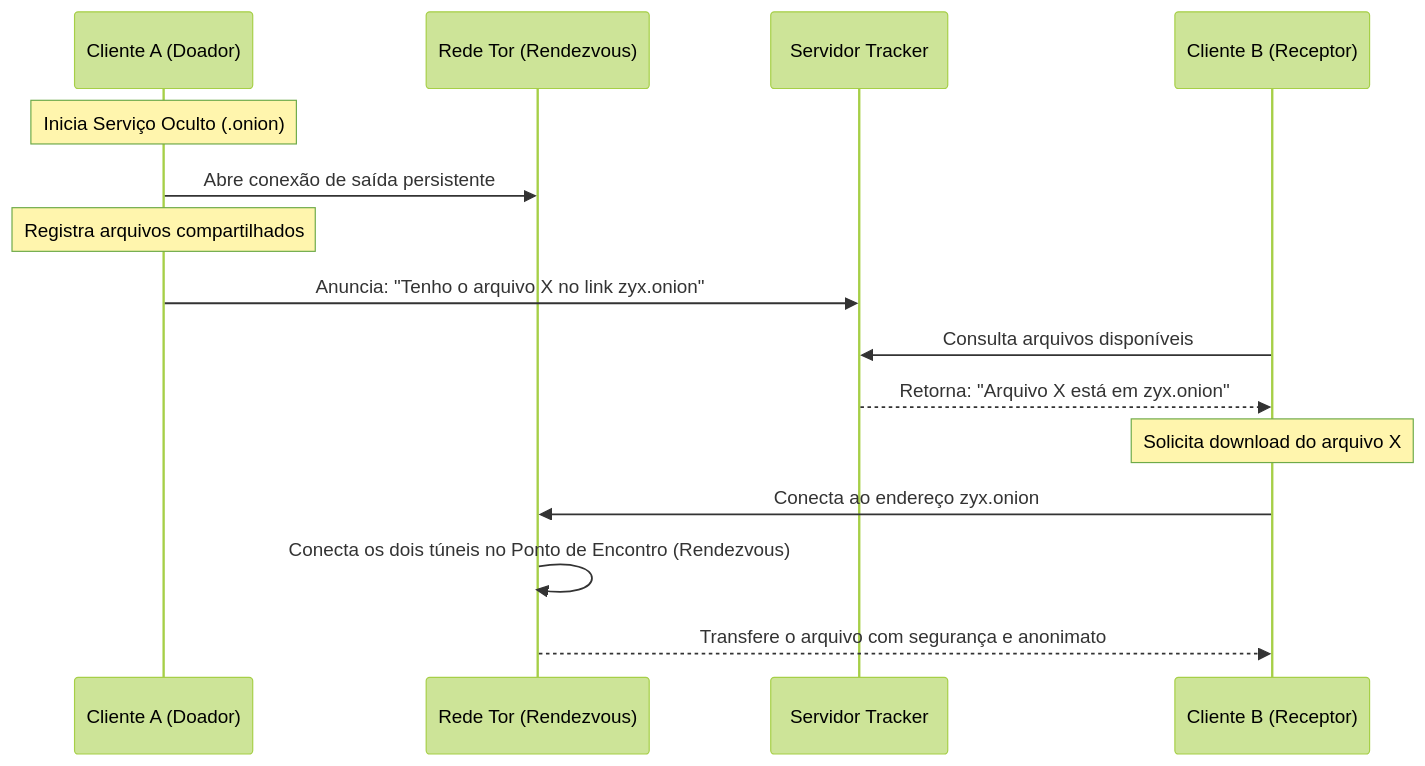
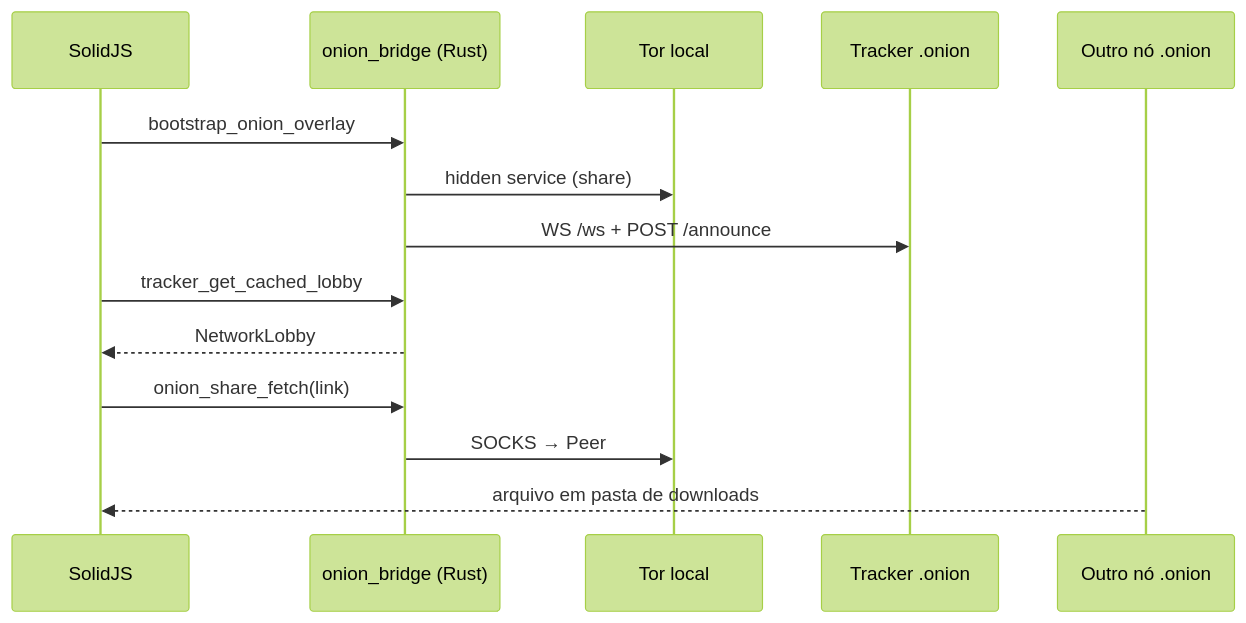
The diagram in docs/ARQUITETURA.md (AlLibrary-Libertarian-knowledge/DesktopApp_AlLibrary), drawn with Mermaid (forest theme) before and after one commit. The commit also changed other lines of this file and 17 other files, not shown here.

First line of the commit message:
docs: align P2P architecture docs with current stack and add integration plan

````diff
--- a/docs/ARQUITETURA.md
+++ b/docs/ARQUITETURA.md
@@ -24,20 +35,17 @@
 ```mermaid
 sequenceDiagram
-    participant Doador as Cliente A (Doador)
-    participant Tor as Rede Tor (Rendezvous)
-    participant Tracker as Servidor Tracker
-    participant Receptor as Cliente B (Receptor)
+    participant UI as SolidJS
+    participant Tauri as onion_bridge (Rust)
+    participant Tor as Tor local
+    participant Tracker as Tracker .onion
+    participant Peer as Outro nó .onion
 
-    Note over Doador: Inicia Serviço Oculto (.onion)
-    Doador->>Tor: Abre conexão de saída persistente
-    Note over Doador: Registra arquivos compartilhados
-    Doador->>Tracker: Anuncia: "Tenho o arquivo X no link zyx.onion"
-    
-    Receptor->>Tracker: Consulta arquivos disponíveis
-    Tracker-->>Receptor: Retorna: "Arquivo X está em zyx.onion"
-    
-    Note over Receptor: Solicita download do arquivo X
-    Receptor->>Tor: Conecta ao endereço zyx.onion
-    Tor->>Tor: Conecta os dois túneis no Ponto de Encontro (Rendezvous)
-    Tor-->>Receptor: Transfere o arquivo com segurança e anonimato
+    UI->>Tauri: bootstrap_onion_overlay
+    Tauri->>Tor: hidden service (share)
+    Tauri->>Tracker: WS /ws + POST /announce
+    UI->>Tauri: tracker_get_cached_lobby
+    Tauri-->>UI: NetworkLobby
+    UI->>Tauri: onion_share_fetch(link)
+    Tauri->>Tor: SOCKS → Peer
+    Peer-->>UI: arquivo em pasta de downloads
 ```
````
